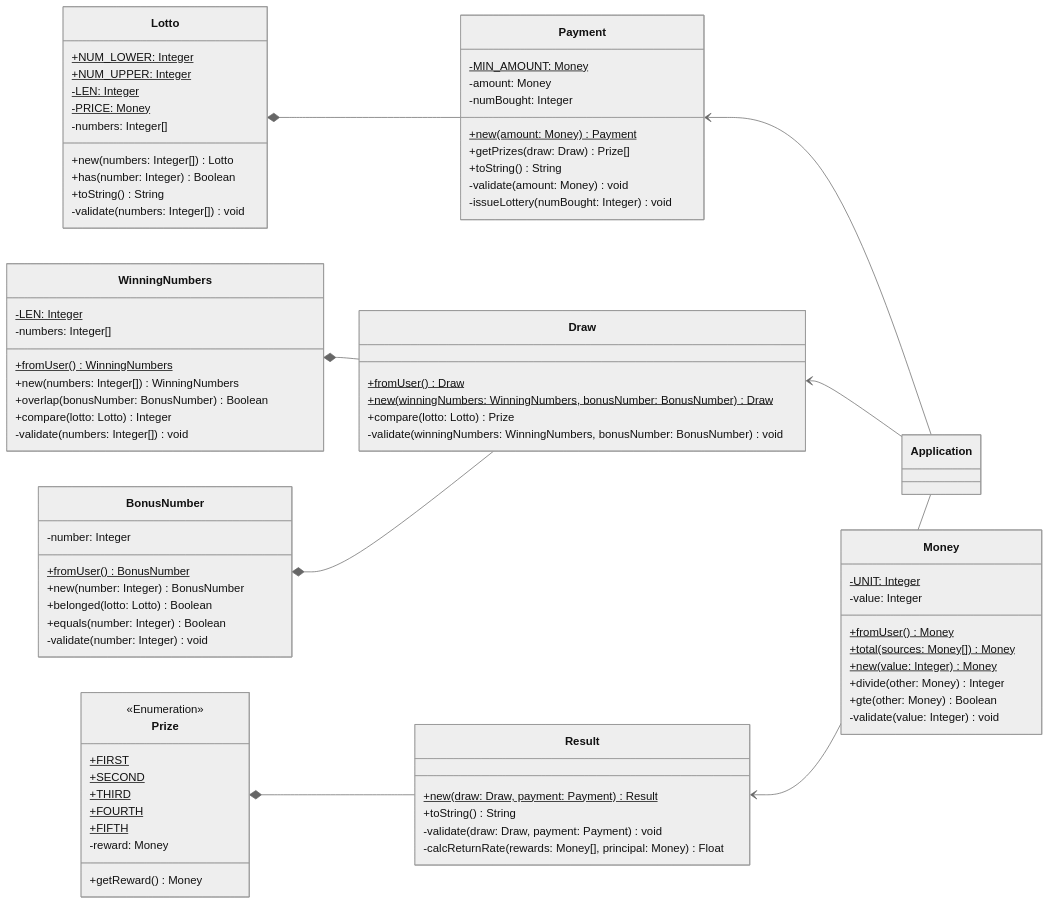
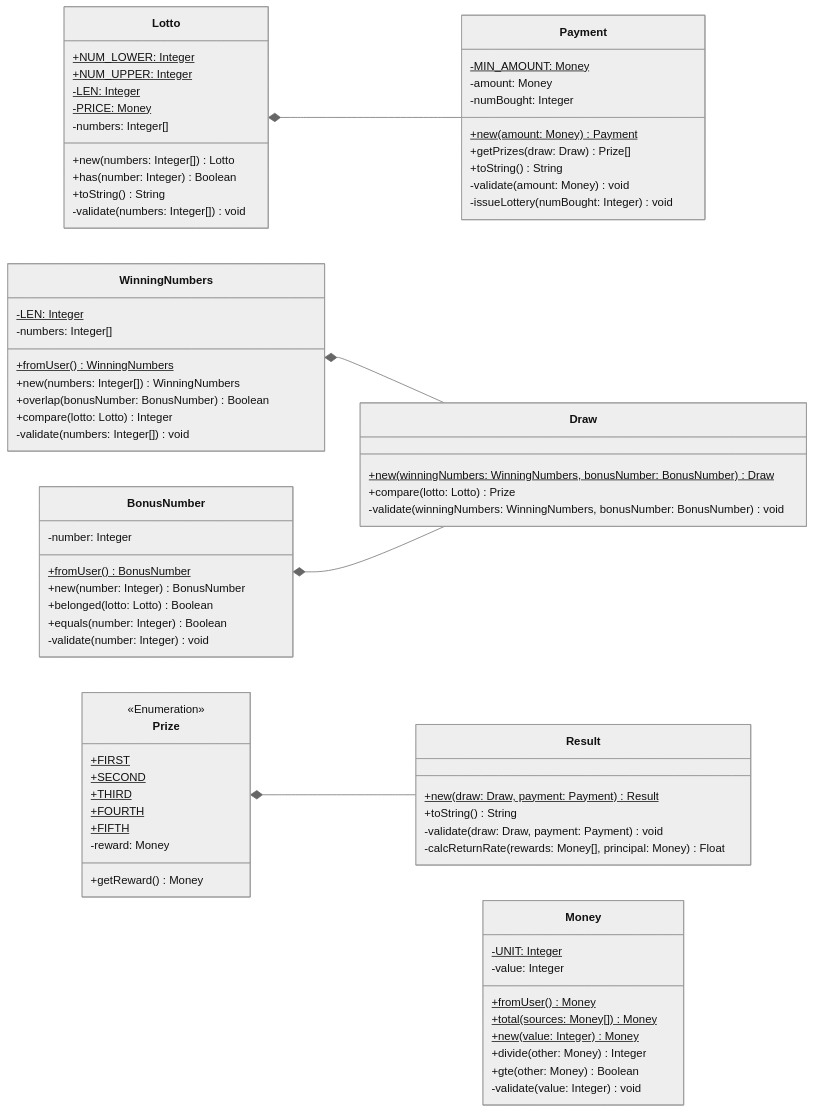
Before and after one commit to gdsc-konkuk/23-24_study_2nd_java-lotto-6: the sixth of 6 diagrams in docs/README.md, drawn with Mermaid (neutral theme). The commit also changed other lines of this file and 2 other files, not shown here.

````diff
--- a/docs/README.md
+++ b/docs/README.md
@@ -312,9 +314,6 @@
 ```mermaid
 classDiagram
     direction RL
-    Application --> Payment
-    Application --> Draw
-    Application --> Result
     Payment --* Lotto
     Draw --* WinningNumbers
     Draw --* BonusNumber
@@ -355,7 +354,6 @@
     }
 
     class Draw {
-        +fromUser() Draw$
         +new(winningNumbers: WinningNumbers, bonusNumber: BonusNumber) Draw$
         +compare(lotto: Lotto) Prize
         -validate(winningNumbers: WinningNumbers, bonusNumber: BonusNumber) void
````
